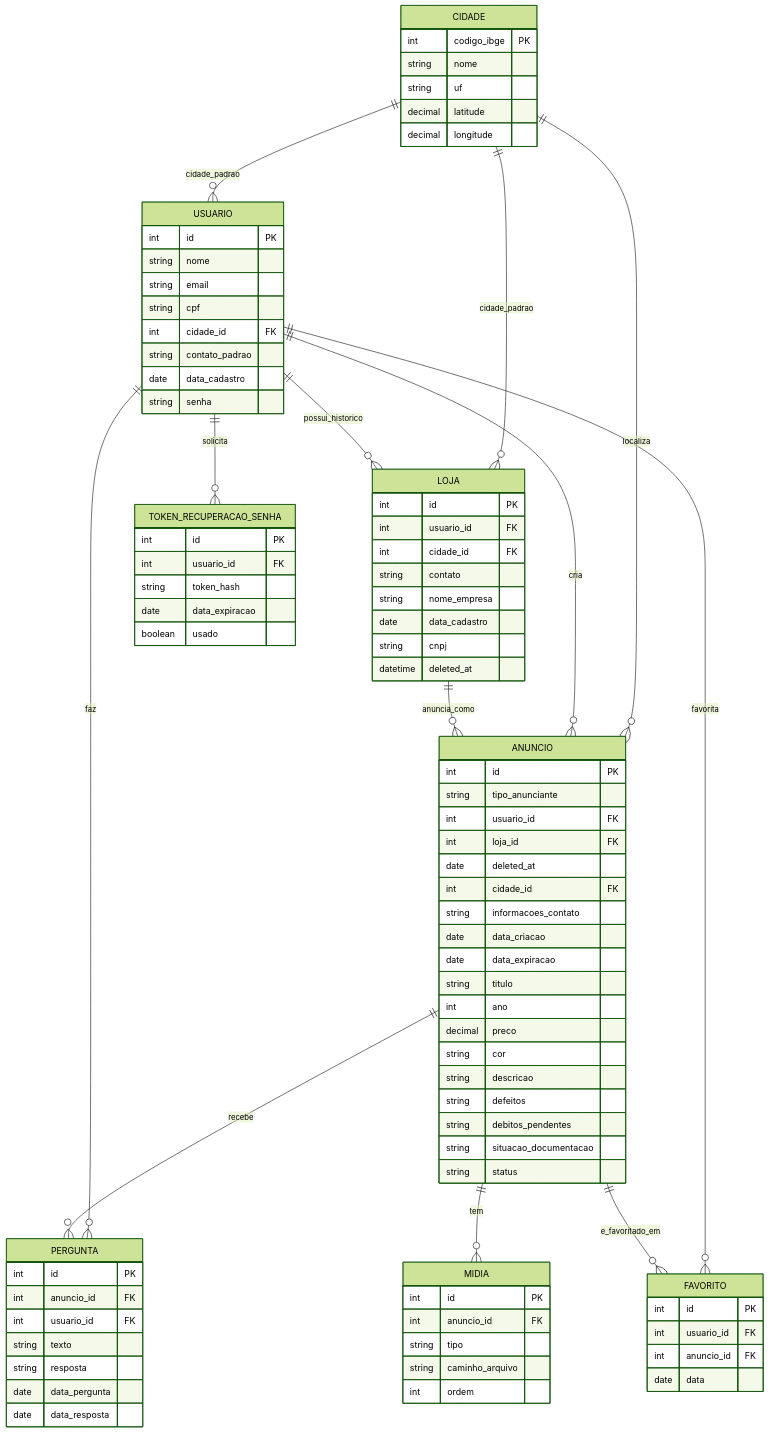
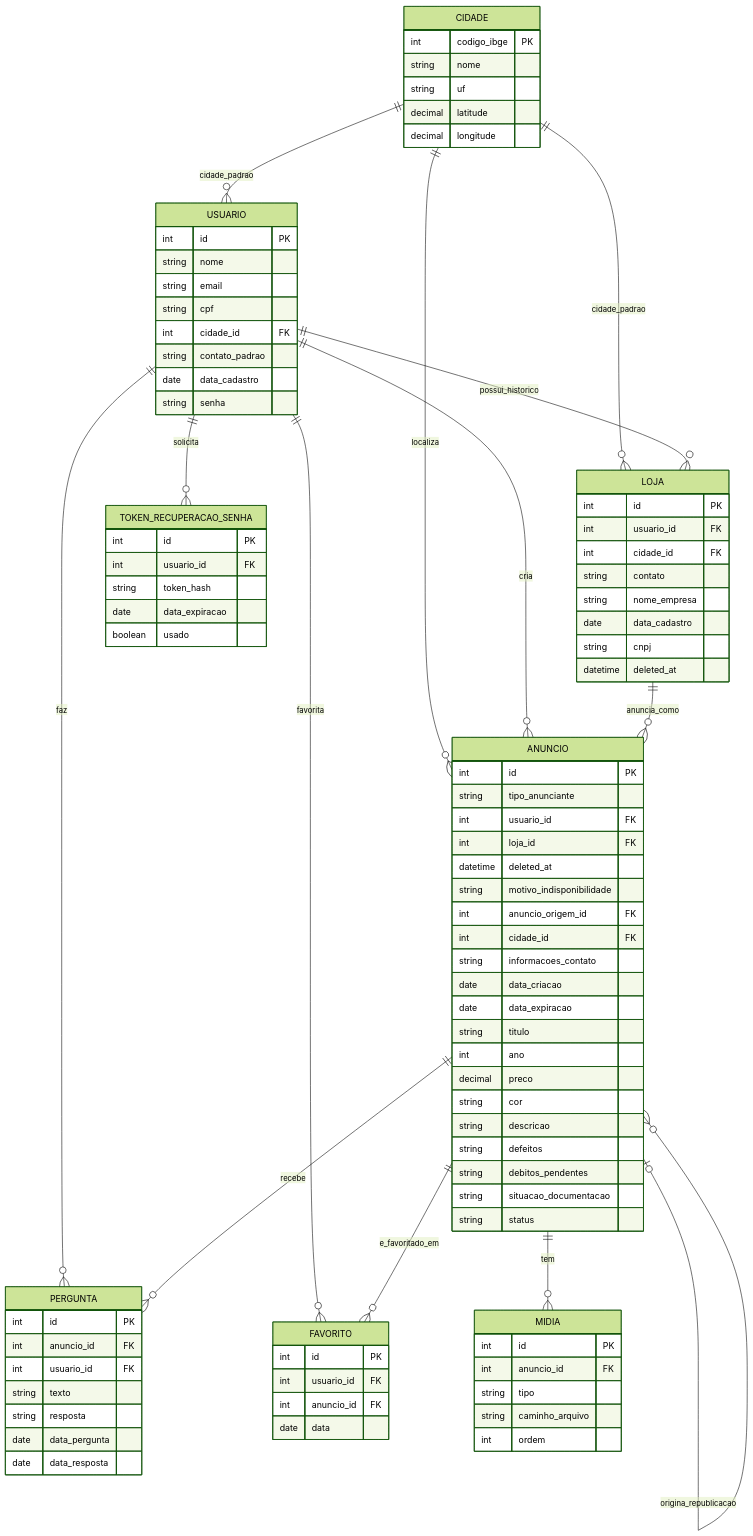
Before and after one commit to YanKayo23/BargainCar: the first of 3 diagrams in README.md, drawn with Mermaid (forest theme). The commit also changed other lines of this file, not shown here.

```diff
--- a/README.md
+++ b/README.md
@@ -300,6 +356,7 @@
     USUARIO ||--o{ ANUNCIO : "cria"
     USUARIO ||--o{ PERGUNTA : "faz"
     USUARIO ||--o{ FAVORITO : "favorita"
+    ANUNCIO o|--o{ ANUNCIO : "origina_republicacao"
     ANUNCIO ||--o{ MIDIA : "tem"
     ANUNCIO ||--o{ PERGUNTA : "recebe"
     ANUNCIO ||--o{ FAVORITO : "e_favoritado_em"
@@ -341,7 +398,9 @@
         string tipo_anunciante
         int usuario_id FK
         int loja_id FK
-        date deleted_at
+        datetime deleted_at
+        string motivo_indisponibilidade
+        int anuncio_origem_id FK
         int cidade_id FK
         string informacoes_contato
         date data_criacao
```
